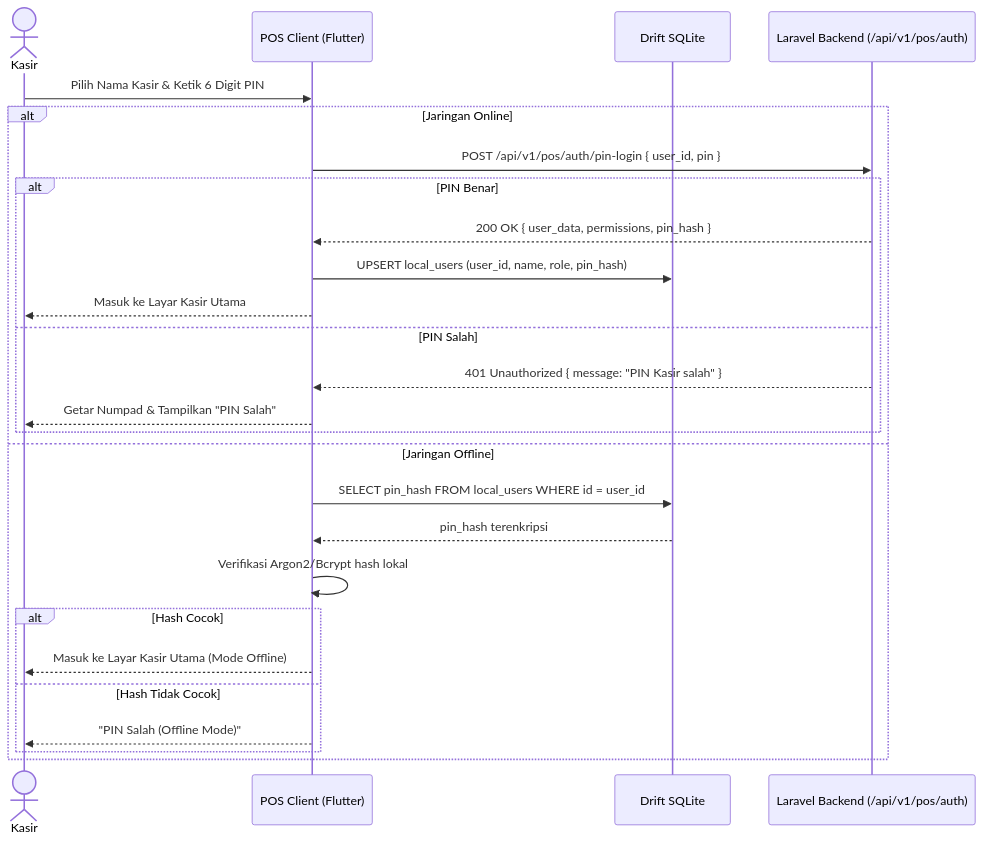
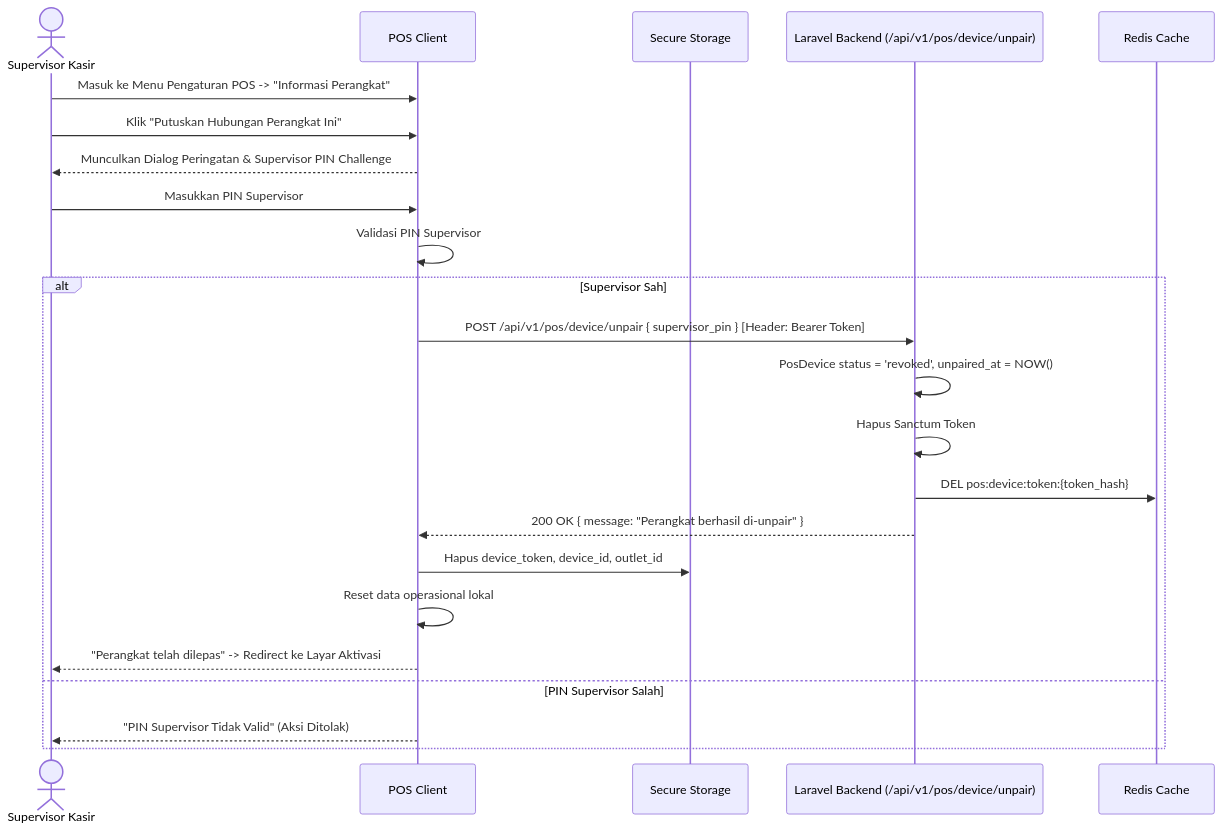
Before and after one commit to whykrr/sollu-app: the third of 4 diagrams in prd/PRD Transaksi - Channel POS V1.1 Connecting Device, User Authentication & PIN Management.md, drawn with Mermaid. The commit also changed other lines of this file and 31 other files, not shown here.

First line of the commit message:
feat(pos): implement device unpairing functionality and related events

````diff
--- a/prd/PRD Transaksi - Channel POS V1.1 Connecting Device, User Authentication & PIN Management.md
+++ b/prd/PRD Transaksi - Channel POS V1.1 Connecting Device, User Authentication & PIN Management.md
@@ -115,29 +165,26 @@
 ```mermaid
 sequenceDiagram
-    actor Cashier as Kasir
-    participant App as POS Client (Flutter)
-    participant LocalDB as Drift SQLite
-    participant Backend as Laravel Backend (/api/v1/pos/auth)
+    actor Supervisor as Supervisor Kasir
+    participant App as POS Client
+    participant SecStore as Secure Storage
+    participant Backend as Laravel Backend (/api/v1/pos/device/unpair)
+    participant Cache as Redis Cache
 
-    Cashier->>App: Pilih Nama Kasir & Ketik 6 Digit PIN
-    alt Jaringan Online
-        App->>Backend: POST /api/v1/pos/auth/pin-login { user_id, pin }
-        alt PIN Benar
-            Backend-->>App: 200 OK { user_data, permissions, pin_hash }
-            App->>LocalDB: UPSERT local_users (user_id, name, role, pin_hash)
-            App-->>Cashier: Masuk ke Layar Kasir Utama
-        else PIN Salah
-            Backend-->>App: 401 Unauthorized { message: "PIN Kasir salah" }
-            App-->>Cashier: Getar Numpad & Tampilkan "PIN Salah"
-        end
-    else Jaringan Offline
-        App->>LocalDB: SELECT pin_hash FROM local_users WHERE id = user_id
-        LocalDB-->>App: pin_hash terenkripsi
-        App->>App: Verifikasi Argon2/Bcrypt hash lokal
-        alt Hash Cocok
-            App-->>Cashier: Masuk ke Layar Kasir Utama (Mode Offline)
-        else Hash Tidak Cocok
-            App-->>Cashier: "PIN Salah (Offline Mode)"
-        end
+    Supervisor->>App: Masuk ke Menu Pengaturan POS -> "Informasi Perangkat"
+    Supervisor->>App: Klik "Putuskan Hubungan Perangkat Ini"
+    App-->>Supervisor: Munculkan Dialog Peringatan & Supervisor PIN Challenge
+    Supervisor->>App: Masukkan PIN Supervisor
+    App->>App: Validasi PIN Supervisor
+    alt Supervisor Sah
+        App->>Backend: POST /api/v1/pos/device/unpair { supervisor_pin } [Header: Bearer Token]
+        Backend->>Backend: PosDevice status = 'revoked', unpaired_at = NOW()
+        Backend->>Backend: Hapus Sanctum Token
+        Backend->>Cache: DEL pos:device:token:{token_hash}
+        Backend-->>App: 200 OK { message: "Perangkat berhasil di-unpair" }
+        App->>SecStore: Hapus device_token, device_id, outlet_id
+        App->>App: Reset data operasional lokal
+        App-->>Supervisor: "Perangkat telah dilepas" -> Redirect ke Layar Aktivasi
+    else PIN Supervisor Salah
+        App-->>Supervisor: "PIN Supervisor Tidak Valid" (Aksi Ditolak)
     end
 ```
````
